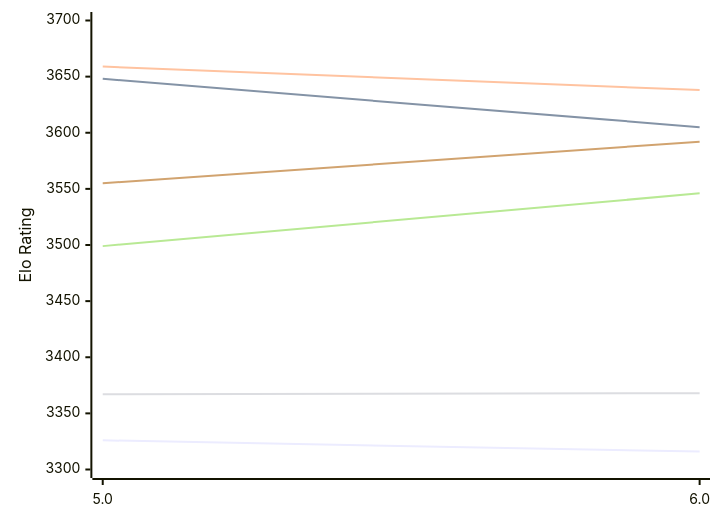
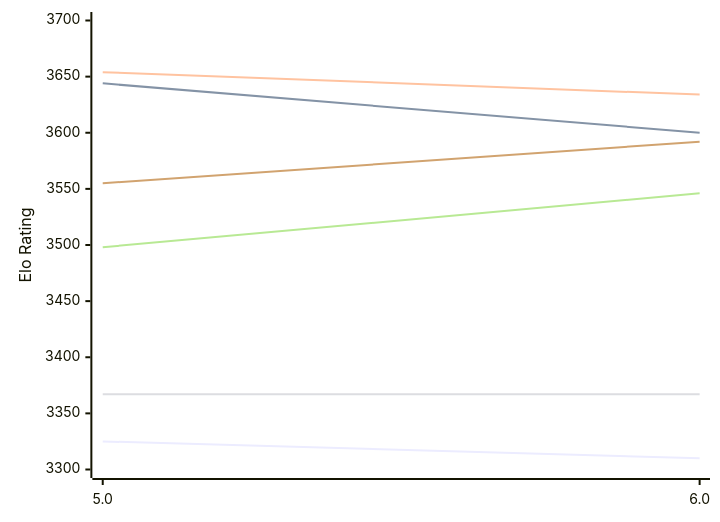
One commit to computer-chess-index/cci changed the first of 2 diagrams in engines/Tarnished.md. Above: the diagram before and after it, drawn with Mermaid. The commit also changed other lines of this file, not shown here.

Commit message:
Update CCI Ratings (ELO VLTC) - 2026-11-26

````diff
--- a/engines/Tarnished.md
+++ b/engines/Tarnished.md
@@ -51,12 +51,12 @@
 ```mermaid
 %%{init: {"theme":"base","themeVariables":{"seriesColors:['#a3a3a3','#222221','#faa371']}}}%%
 xychart-beta
   x-axis ["5.0", "6.0"]
   y-axis "Elo Rating" 3300 --> 3700
-  line "E1: STC (8.0+0.08s)" [3326, 3316]
-  line "E1: LTC (60.0+0.60s)" [3648, 3605]
-  line "E1: VLTC (2m24s+1.12s)" [3659, 3638]
-  line "P1: STC (8.0+0.08s)" [3367, 3368]
-  line "P1: LTC (60.0+0.60s)" [3499, 3546]
+  line "E1: STC (8.0+0.08s)" [3325, 3310]
+  line "E1: LTC (60.0+0.60s)" [3644, 3600]
+  line "E1: VLTC (2m24s+1.12s)" [3654, 3634]
+  line "P1: STC (8.0+0.08s)" [3367, 3367]
+  line "P1: LTC (60.0+0.60s)" [3498, 3546]
   line "P1: VLTC (2m24s+1.12s)" [3555, 3592]
 ```
````
